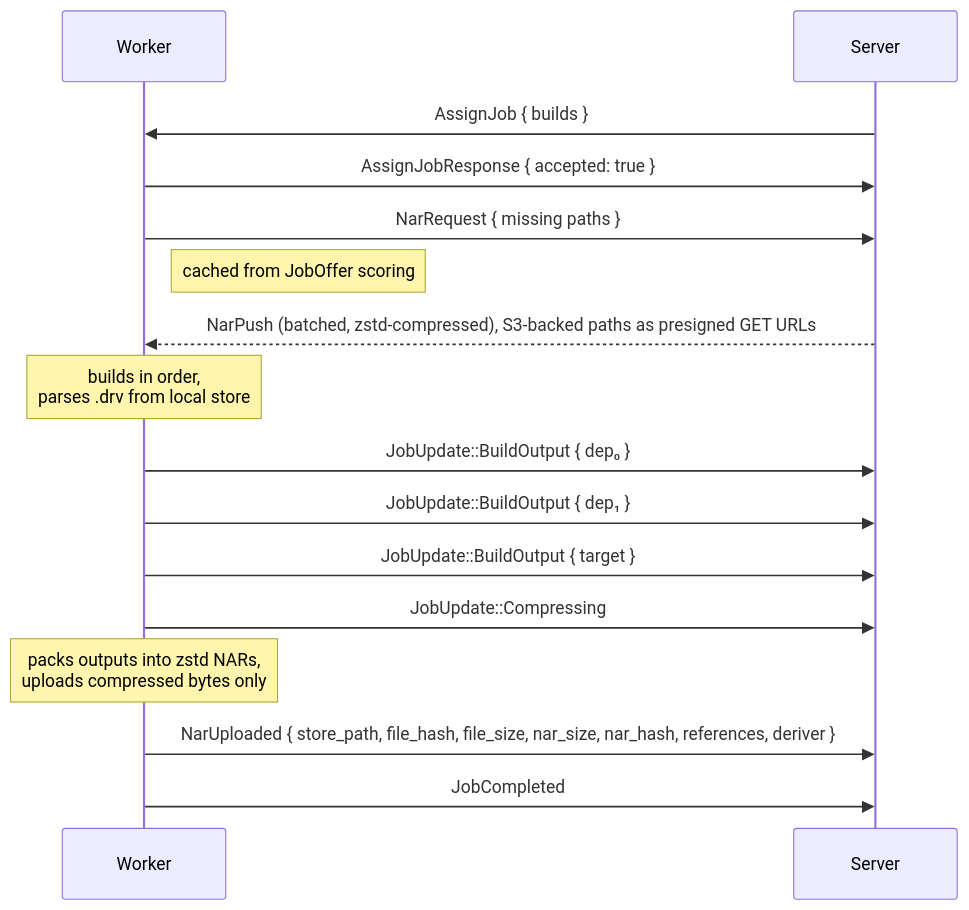
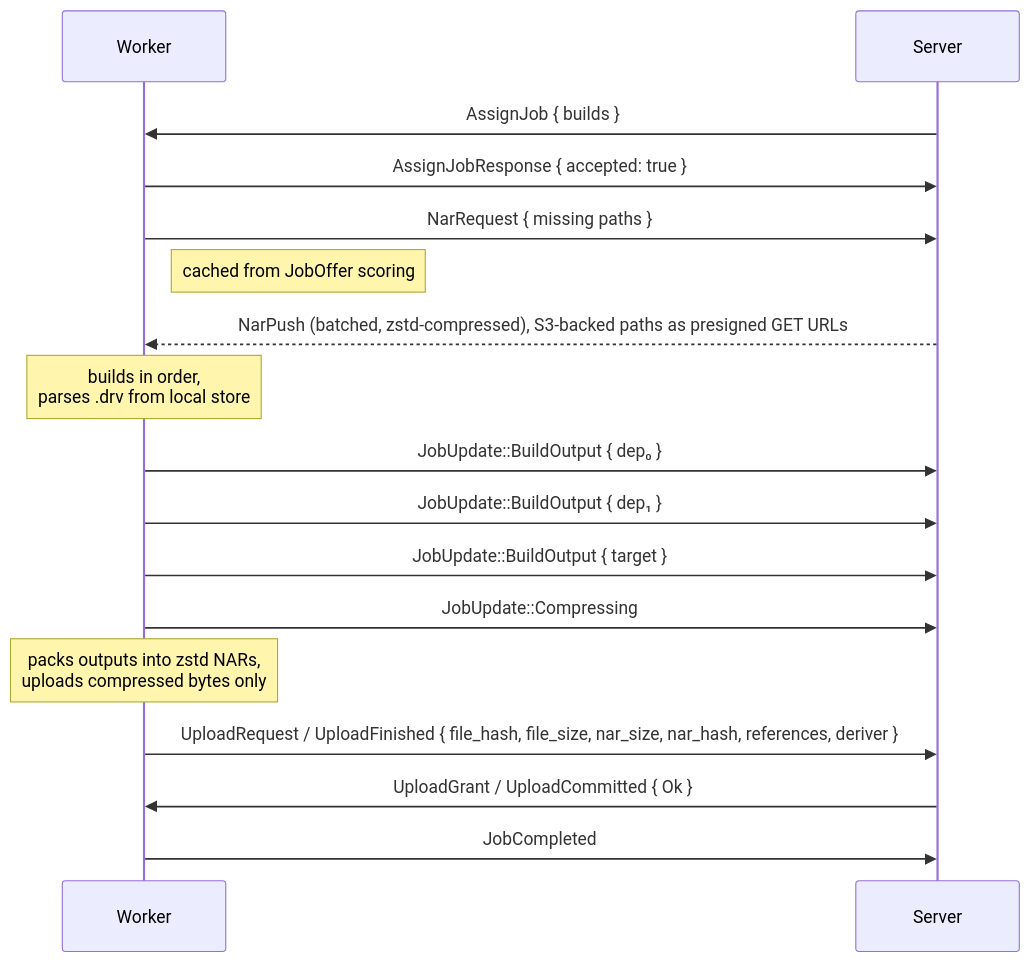
Before and after one commit to wavelens/gradient: diagram 16 of 25 in docs/src/development/proto.md, drawn with Mermaid. The commit also changed other lines of this file and 3 other files, not shown here.

````diff
--- a/docs/src/development/proto.md
+++ b/docs/src/development/proto.md
@@ -848,19 +864,20 @@
 ```mermaid
 sequenceDiagram
     participant W as Worker
     participant S as Server
 
     S->>W: AssignJob { builds }
     W->>S: AssignJobResponse { accepted: true }
     W->>S: NarRequest { missing paths }
     Note right of W: cached from JobOffer scoring
     S-->>W: NarPush (batched, zstd-compressed), S3-backed paths as presigned GET URLs
     Note over W: builds in order,<br/>parses .drv from local store
     W->>S: JobUpdate::BuildOutput { dep₀ }
     W->>S: JobUpdate::BuildOutput { dep₁ }
     W->>S: JobUpdate::BuildOutput { target }
     W->>S: JobUpdate::Compressing
     Note over W: packs outputs into zstd NARs,<br/>uploads compressed bytes only
-    W->>S: NarUploaded { store_path, file_hash, file_size, nar_size, nar_hash, references, deriver }
+    W->>S: UploadRequest / UploadFinished { file_hash, file_size, nar_size, nar_hash, references, deriver }
+    S->>W: UploadGrant / UploadCommitted { Ok }
     W->>S: JobCompleted
 ```
````
